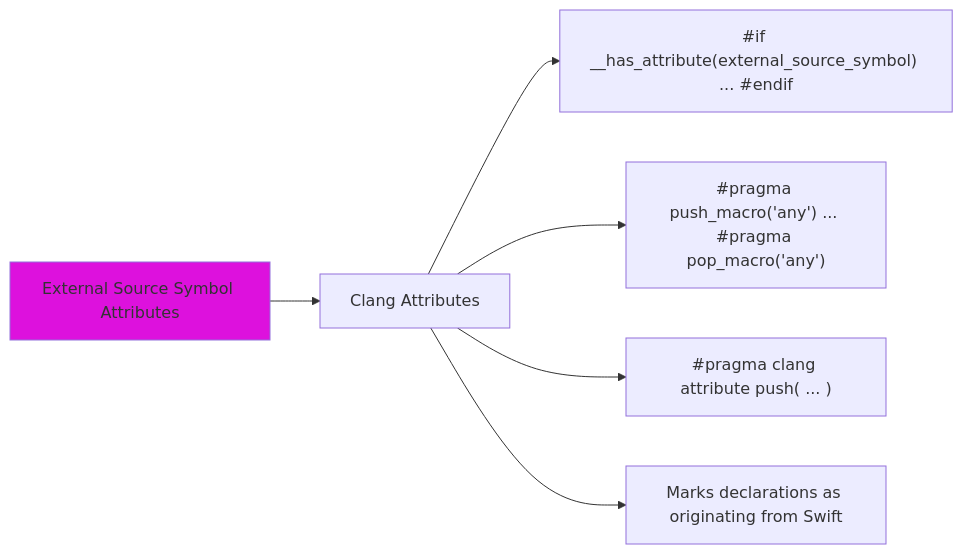
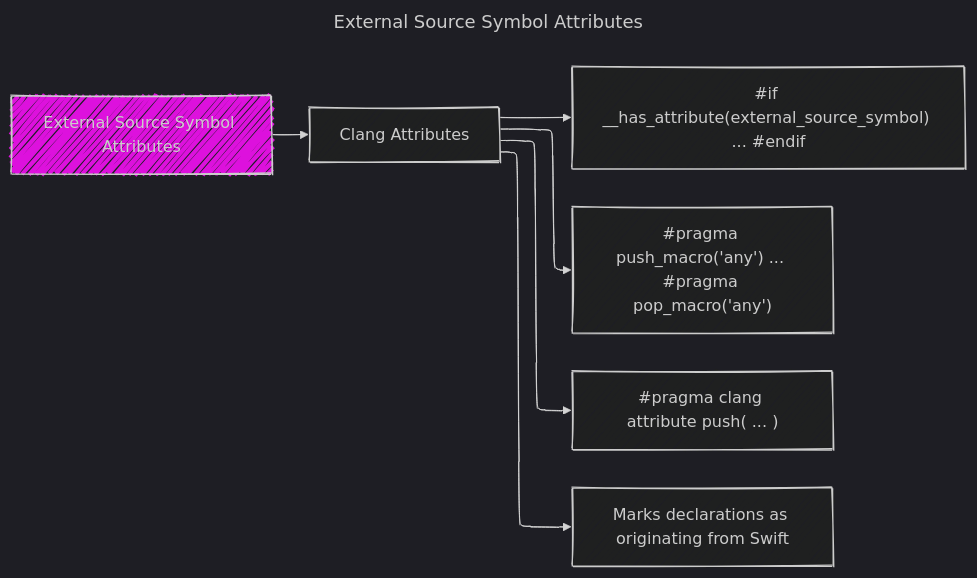
Before and after one commit to CongLeSolutionX/iOS-development-vault: the seventh of 7 diagrams in Reversing_Engineer_through_Interfaces/Swift-generated_header_file_in_Mermaid.md, drawn with Mermaid. The commit also changed other lines of this file and 8 other files, not shown here.

````diff
--- a/Reversing_Engineer_through_Interfaces/Swift-generated_header_file_in_Mermaid.md
+++ b/Reversing_Engineer_through_Interfaces/Swift-generated_header_file_in_Mermaid.md
@@ -242,11 +284,18 @@
 ```mermaid
+---
+title: External Source Symbol Attributes
+config:
+  layout: elk
+  look: handDrawn
+  theme: dark
+---
 graph LR
     A[External Source Symbol Attributes] --> B[Clang Attributes];
     B --> B1["#if __has_attribute(external_source_symbol) ... #endif"];
     B --> B2["#pragma push_macro('any') ... #pragma pop_macro('any')"];
     B --> B3["#pragma clang attribute push( ... )"];
     B --> B4["Marks declarations as originating from Swift"];
 
 style A fill:#d1df;
       
 ```
````
